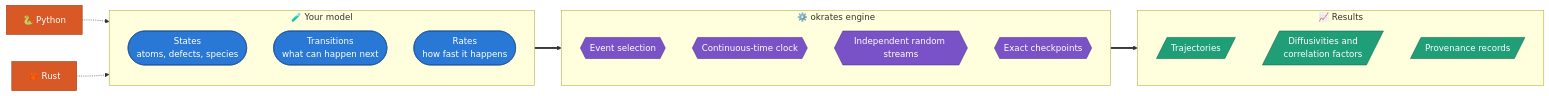
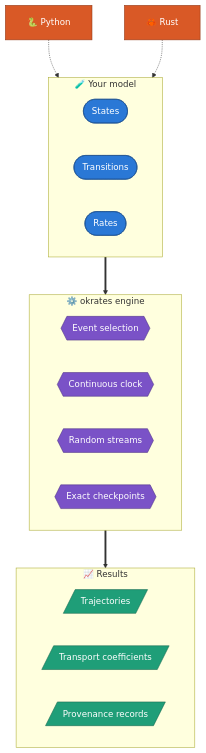
Before and after one commit to vzordillo/okrates: the first of 2 diagrams in README.md, drawn with Mermaid. The commit also changed other lines of this file, not shown here.

Commit message:
README: test cases with sources and procedures; roomier diagrams

````diff
--- a/README.md
+++ b/README.md
@@ -47,33 +39,34 @@
 ```mermaid
-flowchart LR
+%%{init: {"flowchart": {"nodeSpacing": 60, "rankSpacing": 70, "padding": 20}}}%%
+flowchart TB
     subgraph you["🧪 Your model"]
-        direction TB
-        states(["States<br>atoms, defects, species"])
-        moves(["Transitions<br>what can happen next"])
-        rates(["Rates<br>how fast it happens"])
+        direction LR
+        states(["States"])
+        moves(["Transitions"])
+        rates(["Rates"])
     end
     subgraph core["⚙️ okrates engine"]
-        direction TB
+        direction LR
         pick{{"Event selection"}}
-        clock{{"Continuous-time clock"}}
-        rng{{"Independent random streams"}}
+        clock{{"Continuous clock"}}
+        rng{{"Random streams"}}
         ckpt{{"Exact checkpoints"}}
     end
     subgraph out["📈 Results"]
-        direction TB
+        direction LR
         traj[/"Trajectories"/]
-        transport[/"Diffusivities and<br>correlation factors"/]
+        transport[/"Transport coefficients"/]
         prov[/"Provenance records"/]
     end
-    you ==> core ==> out
     py["🐍 Python"] -.-> you
     rs["🦀 Rust"] -.-> you
+    you ==> core ==> out
     classDef model fill:#2a78d6,stroke:#1b4f8f,color:#ffffff
     classDef engine fill:#7a52c7,stroke:#4d3285,color:#ffffff
     classDef result fill:#1f9e78,stroke:#13664d,color:#ffffff
     classDef lang fill:#d95926,stroke:#8f3a18,color:#ffffff
     class states,moves,rates model
     class pick,clock,rng,ckpt engine
     class traj,transport,prov result
     class py,rs lang
 ```
````
